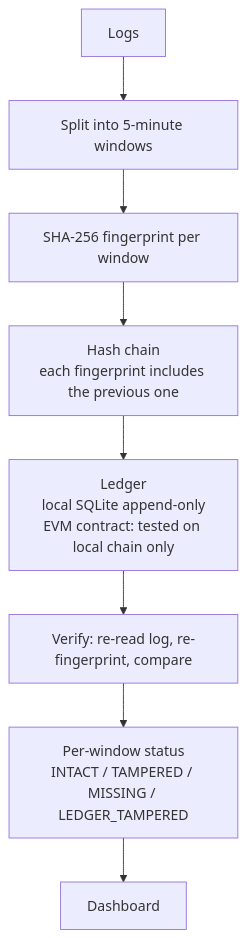
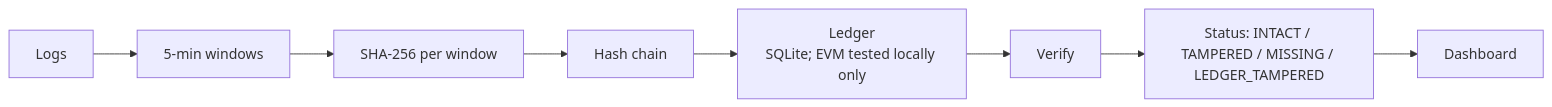
The diagram in README.md (roshanuag/Sentinel-Vault), drawn with Mermaid before and after one commit.

Commit message:
docs: make architecture mermaid diagram horizontal with shorter labels

````diff
--- a/README.md
+++ b/README.md
@@ -25,10 +25,10 @@
 ```mermaid
-flowchart TD
-    A[Logs] --> B[Split into 5-minute windows]
-    B --> C[SHA-256 fingerprint per window]
-    C --> D[Hash chain<br/>each fingerprint includes the previous one]
-    D --> E[Ledger<br/>local SQLite append-only<br/>EVM contract: tested on local chain only]
-    E --> F[Verify: re-read log, re-fingerprint, compare]
-    F --> G[Per-window status<br/>INTACT / TAMPERED / MISSING / LEDGER_TAMPERED]
+flowchart LR
+    A[Logs] --> B[5-min windows]
+    B --> C[SHA-256 per window]
+    C --> D[Hash chain]
+    D --> E[Ledger<br/>SQLite; EVM tested locally only]
+    E --> F[Verify]
+    F --> G[Status: INTACT / TAMPERED / MISSING / LEDGER_TAMPERED]
     G --> H[Dashboard]
 ```
````
